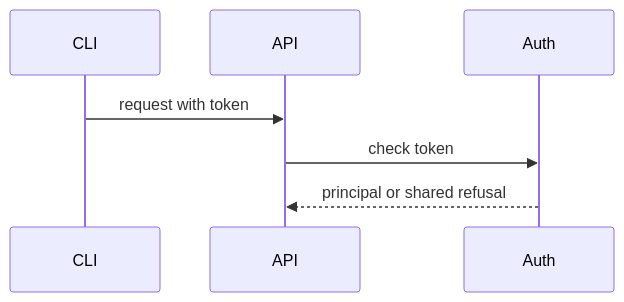
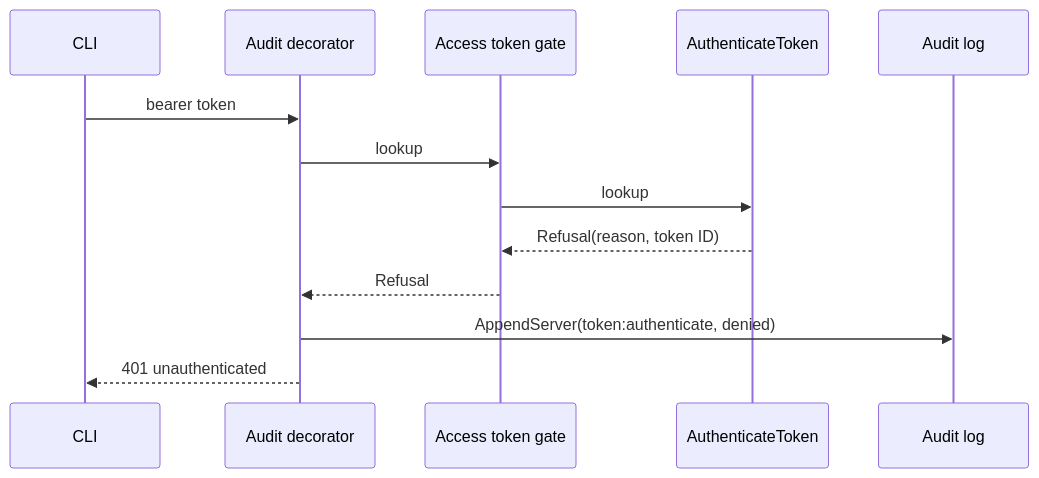
The second of 4 diagrams in openspec/changes/token-life-cycle-expiry-email-token-expiry-enforcement/design.md (OpenDustpan/OpenDustpan), drawn with Mermaid before and after one commit. The commit also changed other lines of this file and 3 other files, not shown here.

````diff
--- a/openspec/changes/token-life-cycle-expiry-email-token-expiry-enforcement/design.md
+++ b/openspec/changes/token-life-cycle-expiry-email-token-expiry-enforcement/design.md
@@ -46,9 +101,15 @@
 ```mermaid
 sequenceDiagram
- participant C as CLI
- participant API
- participant Auth
- C->>API: request with token
- API->>Auth: check token
- Auth-->>API: principal or shared refusal
+participant C as CLI
+participant D as Audit decorator
+participant G as Access token gate
+participant S as AuthenticateToken
+participant A as Audit log
+C->>D: bearer token
+D->>G: lookup
+G->>S: lookup
+S-->>G: Refusal(reason, token ID)
+G-->>D: Refusal
+D->>A: AppendServer(token:authenticate, denied)
+D-->>C: 401 unauthenticated
 ```
````
